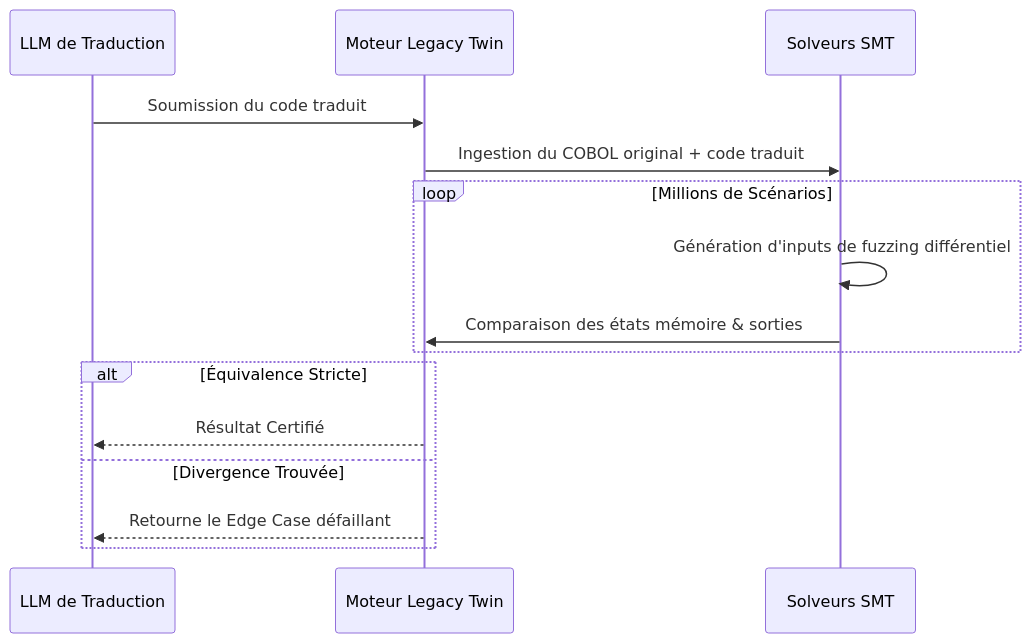
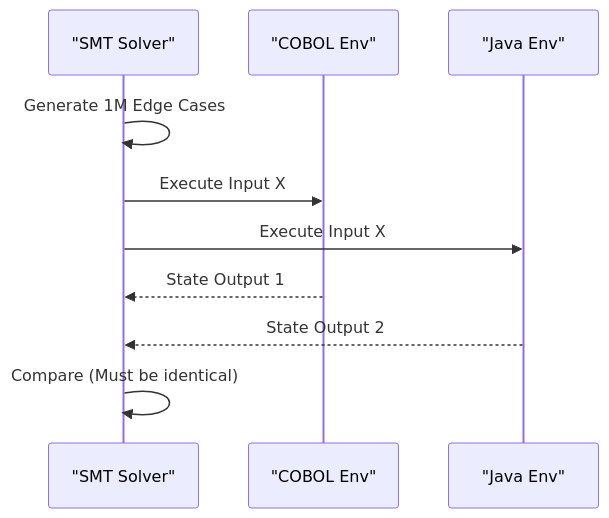
Before and after one commit to flouzzy/top-100-ai-startup-ideas: the second of 2 diagrams in ideas/legacy-twin/README.fr.md, drawn with Mermaid. The commit also changed other lines of this file and 41 other files, not shown here.

````diff
--- a/ideas/legacy-twin/README.fr.md
+++ b/ideas/legacy-twin/README.fr.md
@@ -39,17 +41,12 @@
 ```mermaid
 sequenceDiagram
-    participant LLM as LLM de Traduction
-    participant LT as Moteur Legacy Twin
-    participant SMT as Solveurs SMT
-    LLM->>LT: Soumission du code traduit
-    LT->>SMT: Ingestion du COBOL original + code traduit
-    loop Millions de Scénarios
-        SMT->>SMT: Génération d'inputs de fuzzing différentiel
-        SMT->>LT: Comparaison des états mémoire & sorties
-    end
-    alt Équivalence Stricte
-        LT-->>LLM: Résultat Certifié
-    else Divergence Trouvée
-        LT-->>LLM: Retourne le Edge Case défaillant
-    end
+    participant SMT as "SMT Solver"
+    participant Legacy as "COBOL Env"
+    participant Mod as "Java Env"
+    SMT->>SMT: Generate 1M Edge Cases
+    SMT->>Legacy: Execute Input X
+    SMT->>Mod: Execute Input X
+    Legacy-->>SMT: State Output 1
+    Mod-->>SMT: State Output 2
+    SMT->>SMT: Compare (Must be identical)
 ```
````
